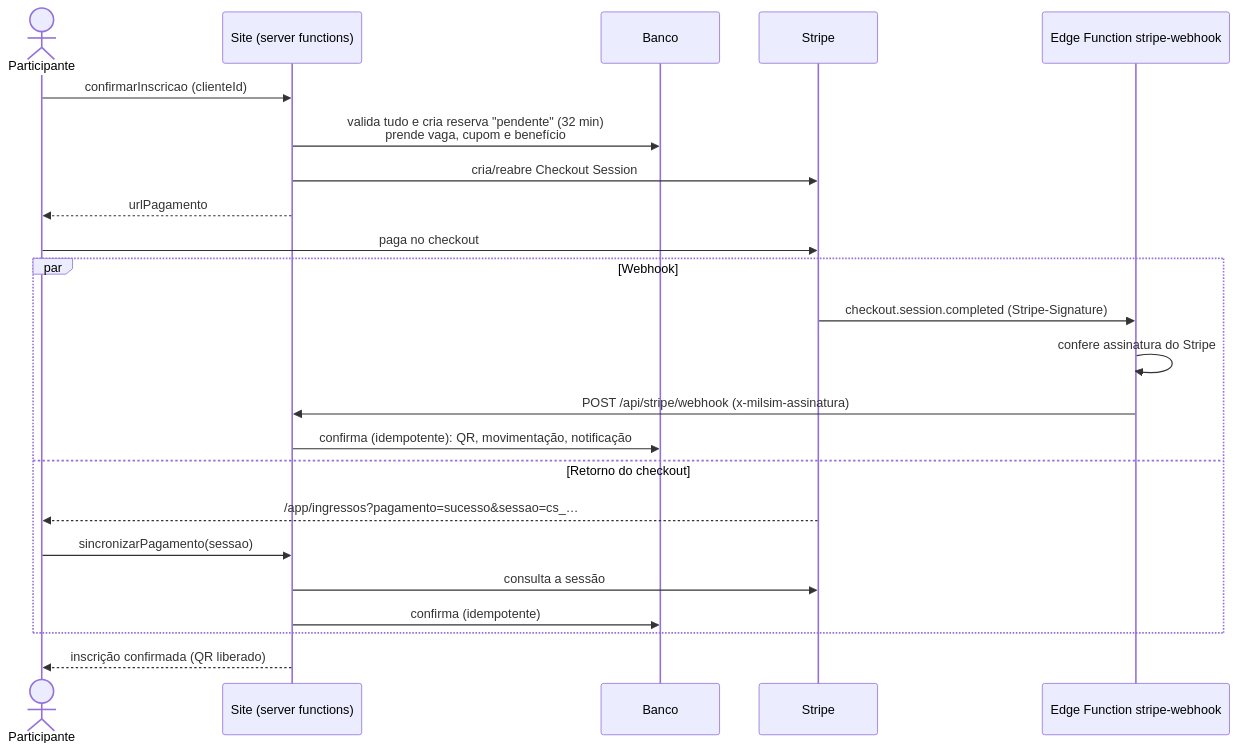
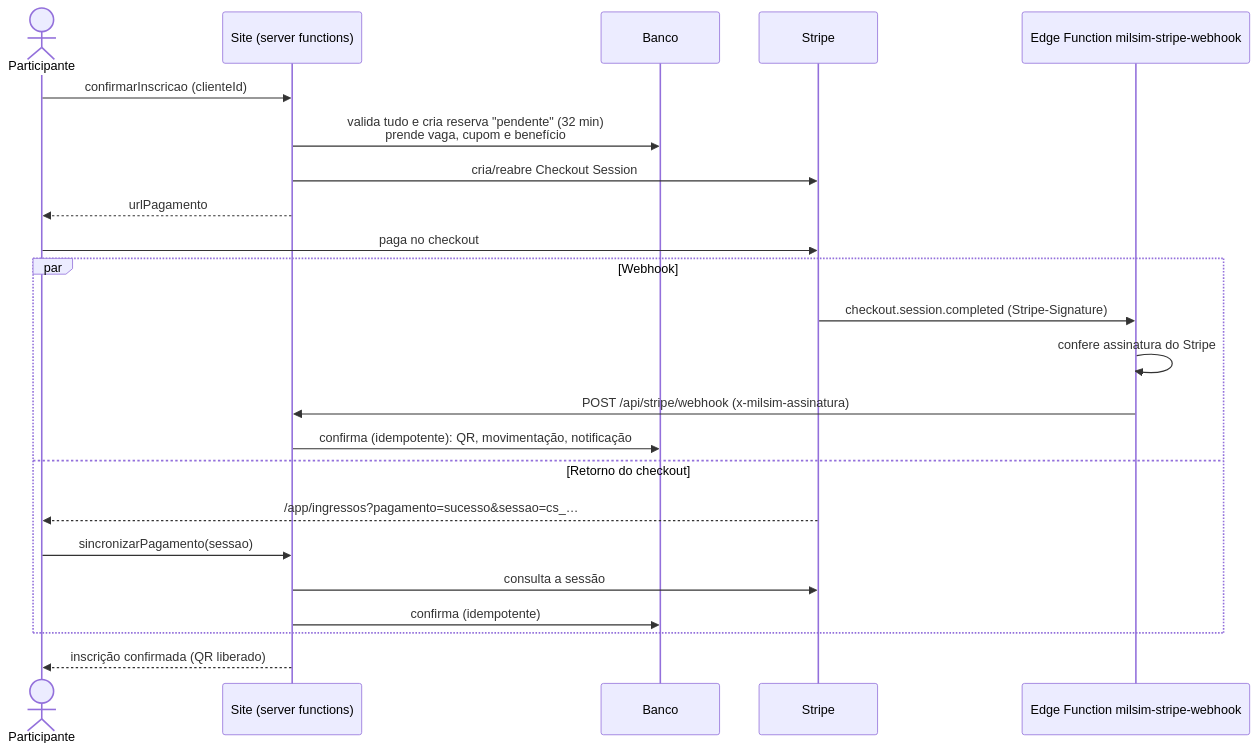
One commit to Fala-Operador/milsim-ops changed the third of 11 diagrams in docs/fluxos.md. Above: the diagram before and after it, drawn with Mermaid. The commit also changed 12 other files, not shown here.

First line of the commit message:
Renomear a Edge Function do webhook para milsim-stripe-webhook

````diff
--- a/docs/fluxos.md
+++ b/docs/fluxos.md
@@ -76,26 +76,26 @@
 ```mermaid
 sequenceDiagram
     actor P as Participante
     participant App as Site (server functions)
     participant DB as Banco
     participant S as Stripe
-    participant E as Edge Function stripe-webhook
+    participant E as Edge Function milsim-stripe-webhook
 
     P->>App: confirmarInscricao (clienteId)
     App->>DB: valida tudo e cria reserva "pendente" (32 min)<br/>prende vaga, cupom e benefício
     App->>S: cria/reabre Checkout Session
     App-->>P: urlPagamento
     P->>S: paga no checkout
     par Webhook
         S->>E: checkout.session.completed (Stripe-Signature)
         E->>E: confere assinatura do Stripe
         E->>App: POST /api/stripe/webhook (x-milsim-assinatura)
         App->>DB: confirma (idempotente): QR, movimentação, notificação
     and Retorno do checkout
         S-->>P: /app/ingressos?pagamento=sucesso&sessao=cs_…
         P->>App: sincronizarPagamento(sessao)
         App->>S: consulta a sessão
         App->>DB: confirma (idempotente)
     end
     App-->>P: inscrição confirmada (QR liberado)
 ```
````
